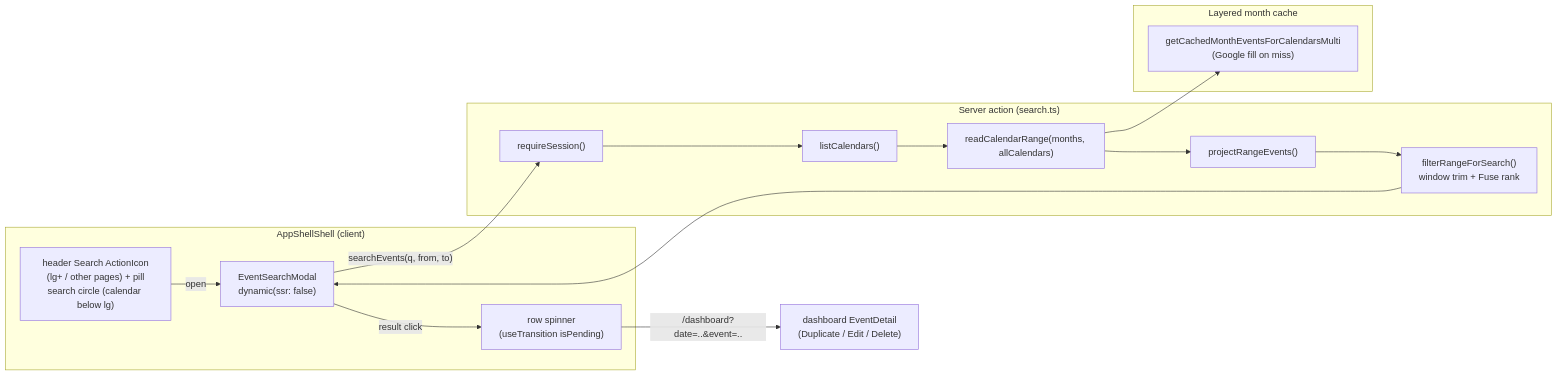
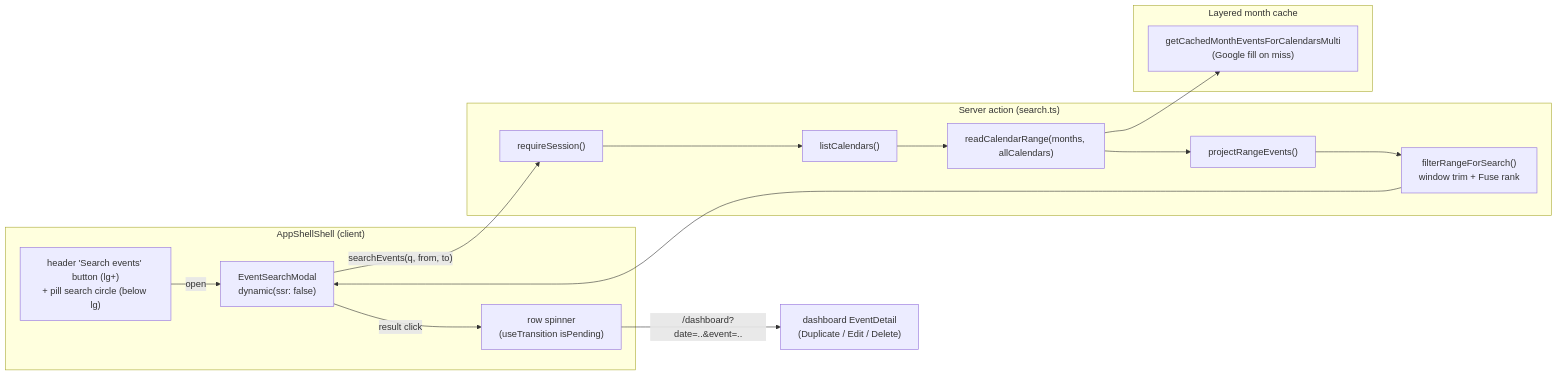
Before and after one commit to oncloudnintynineone-source/cloudy2: the diagram in docs/event-search.md, drawn with Mermaid. The commit also changed other lines of this file and 7 other files, not shown here.

Commit message:
Align header search button typography with other controls

````diff
--- a/docs/event-search.md
+++ b/docs/event-search.md
@@ -63,23 +64,23 @@
 ```mermaid
 flowchart LR
  subgraph SHELL["AppShellShell (client)"]
- B["header Search ActionIcon<br/>(lg+ / other pages) + pill<br/>search circle (calendar below lg)"]
+ B["header 'Search events' button (lg+)<br/>+ pill search circle (below lg)"]
  M["EventSearchModal<br/>dynamic(ssr: false)"]
  SPIN["row spinner<br/>(useTransition isPending)"]
  end
  subgraph ACTION["Server action (search.ts)"]
  R["requireSession()"]
  C["listCalendars()"]
  RC["readCalendarRange(months, allCalendars)"]
  PJ["projectRangeEvents()"]
  FF["filterRangeForSearch()<br/>window trim + Fuse rank"]
  end
  subgraph CACHE["Layered month cache"]
  MC["getCachedMonthEventsForCalendarsMulti<br/>(Google fill on miss)"]
  end
  B -->|open| M
  M -->|"searchEvents(q, from, to)"| R --> C --> RC --> MC
  RC --> PJ --> FF --> M
  M -->|result click| SPIN
  SPIN -->|"/dashboard?date=..&event=.."| DEEP["dashboard EventDetail<br/>(Duplicate / Edit / Delete)"]
 ```
````
